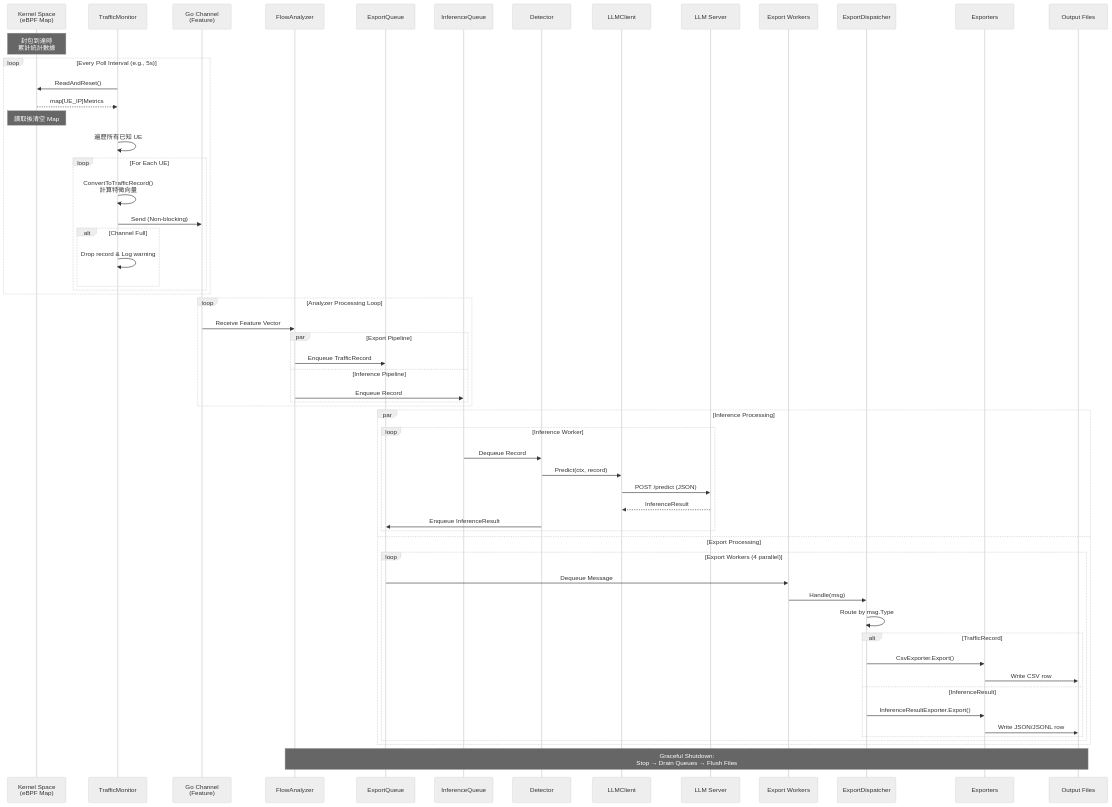
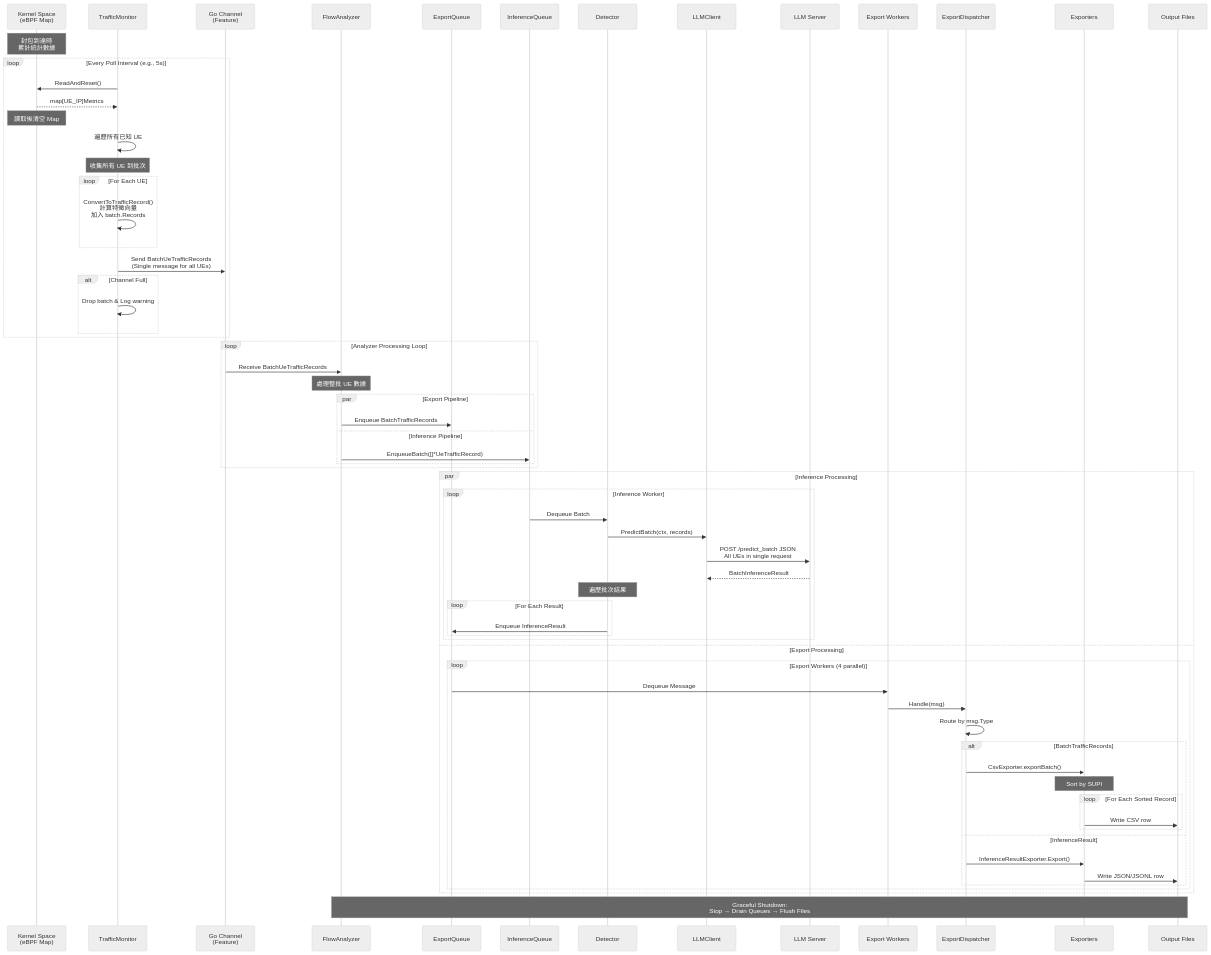
Before and after one commit to ian-cs12-NYCU/AnLF: the second of 8 diagrams in docs/architecture.md, drawn with Mermaid. The commit also changed other lines of this file and 14 other files, not shown here.

````diff
--- a/docs/architecture.md
+++ b/docs/architecture.md
@@ -92,72 +92,81 @@
 ```mermaid
 %%{init: {'theme':'neutral'}}%%
 sequenceDiagram
     participant K as Kernel Space<br/>(eBPF Map)
     participant M as TrafficMonitor
     participant C as Go Channel<br/>(Feature)
     participant A as FlowAnalyzer
     participant EQ as ExportQueue
     participant IQ as InferenceQueue
     participant D as Detector
     participant LC as LLMClient
     participant LS as LLM Server
     participant EW as Export Workers
     participant ED as ExportDispatcher
     participant E as Exporters
     participant F as Output Files
     
     Note over K: 封包到達時<br/>累計統計數據
     
     loop Every Poll Interval (e.g., 5s)
         M->>K: ReadAndReset()
         K-->>M: map[UE_IP]Metrics
         Note over K: 讀取後清空 Map
         
         M->>M: 遍歷所有已知 UE
+        Note over M: 收集所有 UE 到批次
         
         loop For Each UE
-            M->>M: ConvertToTrafficRecord()<br/>計算特徵向量
-            M->>C: Send (Non-blocking)
-            
-            alt Channel Full
-                M->>M: Drop record & Log warning
-            end
+            M->>M: ConvertToTrafficRecord()<br/>計算特徵向量<br/>加入 batch.Records
+        end
+        
+        M->>C: Send BatchUeTrafficRecords<br/>(Single message for all UEs)
+        
+        alt Channel Full
+            M->>M: Drop batch & Log warning
         end
     end
     
     loop Analyzer Processing Loop
-        C->>A: Receive Feature Vector
+        C->>A: Receive BatchUeTrafficRecords
+        Note over A: 處理整批 UE 數據
         
         par Export Pipeline
-            A->>EQ: Enqueue TrafficRecord
+            A->>EQ: Enqueue BatchTrafficRecords
         and Inference Pipeline
-            A->>IQ: Enqueue Record
+            A->>IQ: EnqueueBatch([]*UeTrafficRecord)
         end
     end
     
     par Inference Processing
         loop Inference Worker
-            IQ->>D: Dequeue Record
-            D->>LC: Predict(ctx, record)
-            LC->>LS: POST /predict (JSON)
-            LS-->>LC: InferenceResult
-            D->>EQ: Enqueue InferenceResult
+            IQ->>D: Dequeue Batch
+            D->>LC: PredictBatch(ctx, records)
+            LC->>LS: POST /predict_batch JSON<br/>All UEs in single request
+            LS-->>LC: BatchInferenceResult
+            Note over D: 遍歷批次結果
+            loop For Each Result
+                D->>EQ: Enqueue InferenceResult
+            end
         end
     and Export Processing
         loop Export Workers (4 parallel)
             EQ->>EW: Dequeue Message
             EW->>ED: Handle(msg)
             ED->>ED: Route by msg.Type
             
-            alt TrafficRecord
-                ED->>E: CsvExporter.Export()
-                E->>F: Write CSV row
+            alt BatchTrafficRecords
+                ED->>E: CsvExporter.exportBatch()
+                Note over E: Sort by SUPI
+                loop For Each Sorted Record
+                    E->>F: Write CSV row
+                end
             else InferenceResult
                 ED->>E: InferenceResultExporter.Export()
                 E->>F: Write JSON/JSONL row
             end
         end
     end
     
     Note over A,F: Graceful Shutdown:<br/>Stop → Drain Queues → Flush Files
 ```
````
